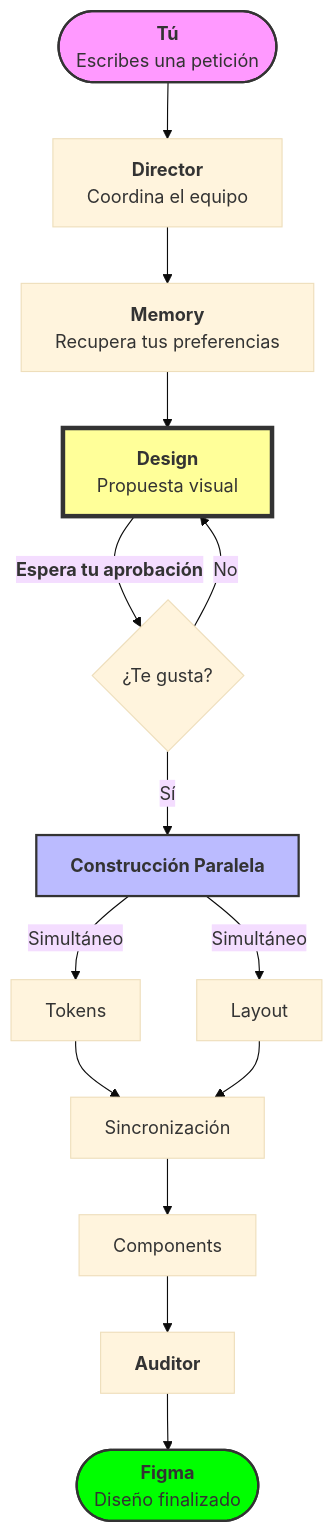
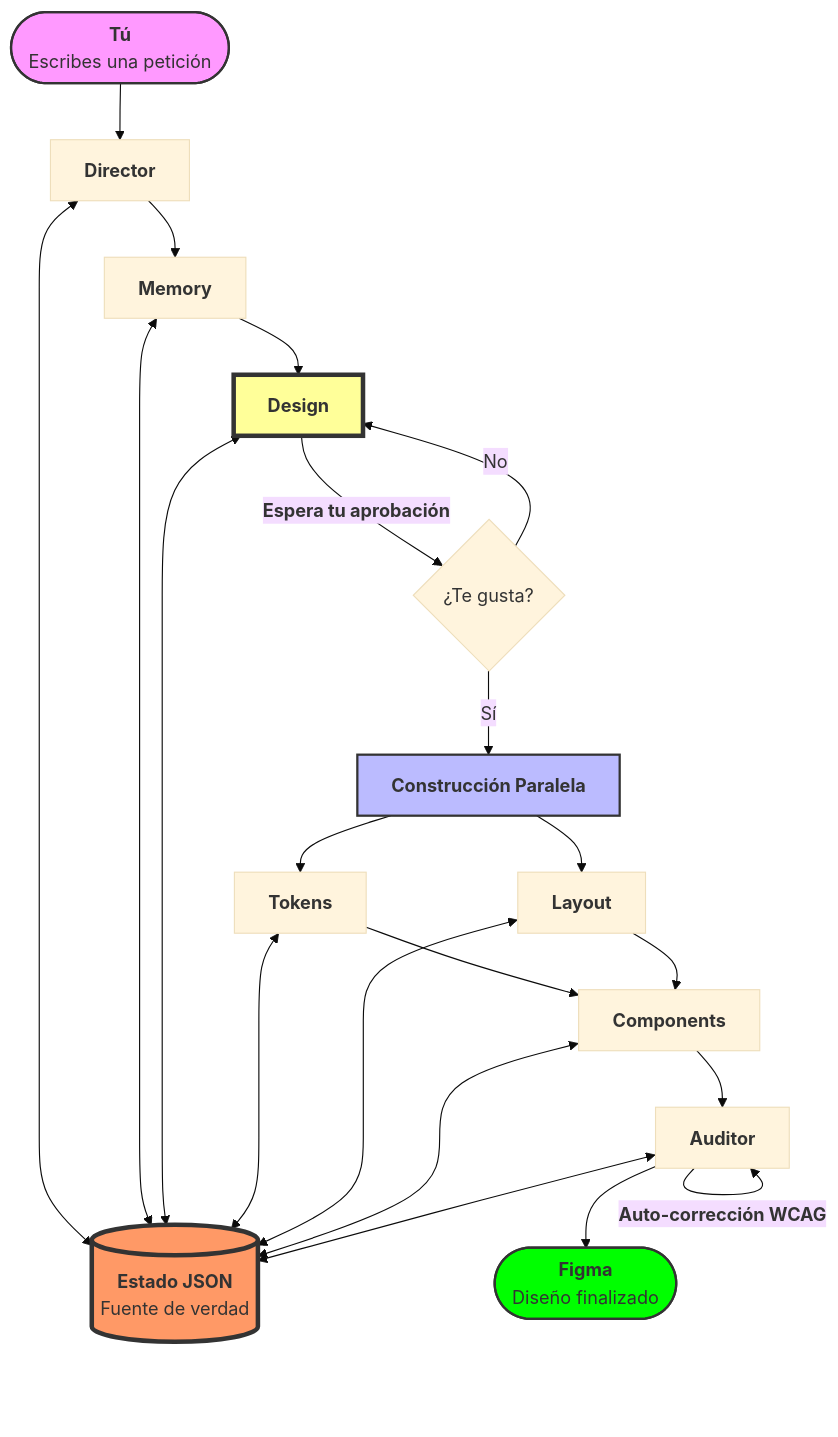
One commit to osCeballos/Figma-AI-Agent-System changed the diagram in README.md. Above: the diagram before and after it, drawn with Mermaid (base theme).

Commit message:
docs: update architecture diagram with state management and auto-correction

````diff
--- a/README.md
+++ b/README.md
@@ -60,21 +60,37 @@
 ```mermaid
 graph TD
-    User([<b>Tú</b><br/>Escribes una petición]) --> Director[<b>Director</b><br/>Coordina el equipo]
-    Director --> Memory[<b>Memory</b><br/>Recupera tus preferencias]
-    Memory --> Design[<b>Design</b><br/>Propuesta visual]
+    User([<b>Tú</b><br/>Escribes una petición]) --> Director[<b>Director</b>]
+    Director <--> State[("<b>Estado JSON</b><br/>Fuente de verdad")]
+    
+    Director --> Memory[<b>Memory</b>]
+    Memory <--> State
+    
+    Memory --> Design[<b>Design</b>]
+    Design <--> State
+    
     Design -- "<b>Espera tu aprobación</b>" --> Approval{¿Te gusta?}
     Approval -- No --> Design
+    
     Approval -- Sí --> Parallel[<b>Construcción Paralela</b>]
-    Parallel -->|Simultáneo| Tokens[Tokens]
-    Parallel -->|Simultáneo| Layout[Layout]
-    Tokens --> Sync[Sincronización]
-    Layout --> Sync[Sincronización]
-    Sync --> Components[Components]
+    Parallel --> Tokens[<b>Tokens</b>]
+    Parallel --> Layout[<b>Layout</b>]
+    
+    Tokens <--> State
+    Layout <--> State
+    
+    Tokens --> Components[<b>Components</b>]
+    Layout --> Components
+    Components <--> State
+    
     Components --> Auditor[<b>Auditor</b>]
+    Auditor <--> State
+    
+    Auditor -- "<b>Auto-corrección WCAG</b>" --> Auditor
     Auditor --> Figma([<b>Figma</b><br/>Diseño finalizado])
 
+    style State fill:#f96,stroke:#333,stroke-width:4px
     style User fill:#f9f,stroke:#333,stroke-width:2px
     style Figma fill:#0f0,stroke:#333,stroke-width:2px
     style Design fill:#ff9,stroke:#333,stroke-width:4px
     style Parallel fill:#bbf,stroke:#333,stroke-width:2px
 ```
````
